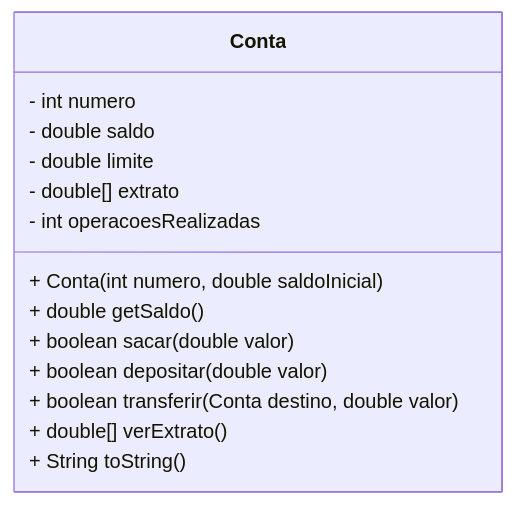
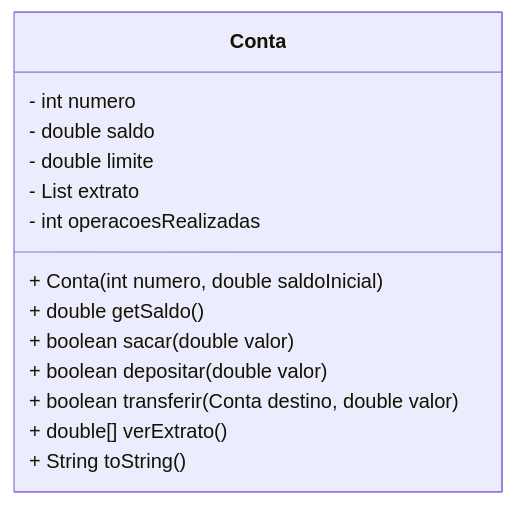
The diagram in README.md (WillianSilva51/ContaBancariaSimples), drawn with Mermaid before and after one commit. The commit also changed other lines of this file and 2 other files, not shown here.

First line of the commit message:
Refactor `Conta` class to use `List` for transaction history.

````diff
--- a/README.md
+++ b/README.md
@@ -41,18 +44,18 @@
 ```mermaid
 classDiagram
     class Conta {
         - int numero
         - double saldo
         - double limite
-        - double[] extrato
+        - List<Double> extrato
         - int operacoesRealizadas
 
         + Conta(int numero, double saldoInicial)
         + double getSaldo()
         + boolean sacar(double valor)
         + boolean depositar(double valor)
         + boolean transferir(Conta destino, double valor)
         + double[] verExtrato()
         + String toString()
     }
 ```
````
